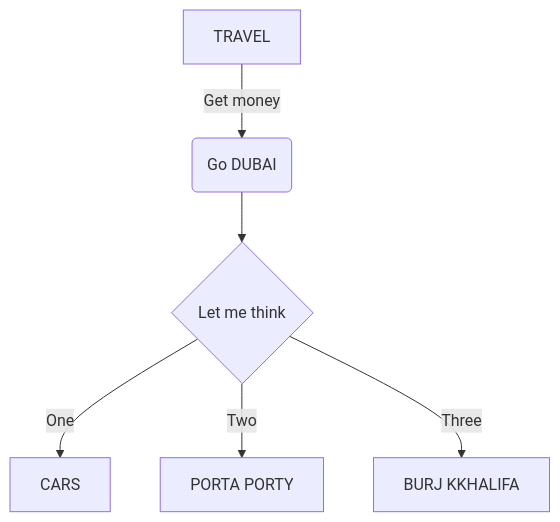
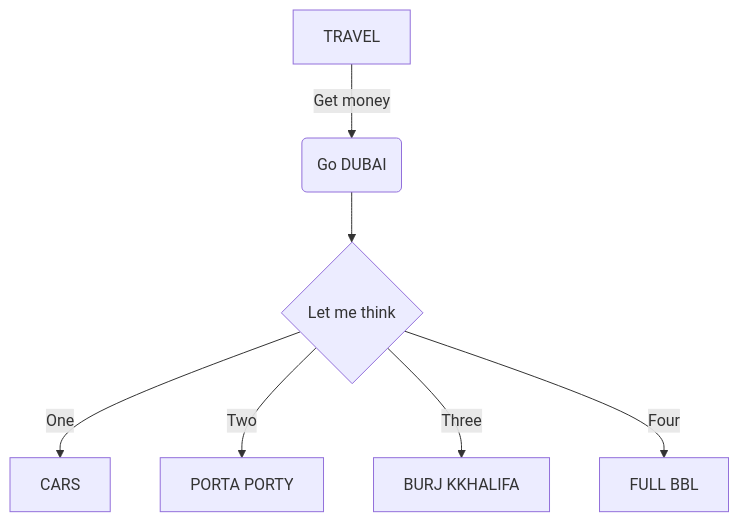
One commit to Mouha2016-575/Atelier-UML changed the diagram in README.md. Above: the diagram before and after it, drawn with Mermaid.

````diff
--- a/README.md
+++ b/README.md
@@ -2,8 +2,9 @@
 ```mermaid
 flowchart TD
     A[TRAVEL] -->|Get money| B(Go DUBAI)
     B --> C{Let me think}
     C -->|One| D[CARS]
     C -->|Two| E[PORTA PORTY]
     C -->|Three| F[BURJ KKHALIFA]
+    C -->|Four| G[FULL BBL]
 ```
````
